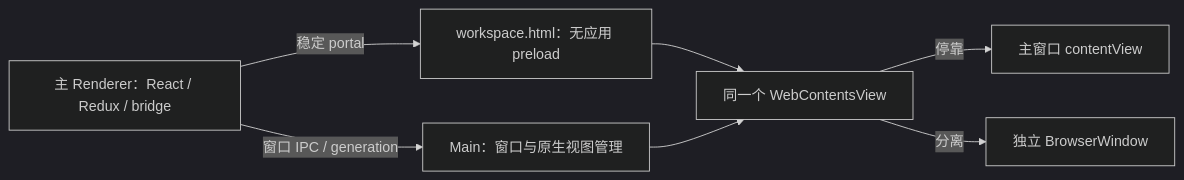
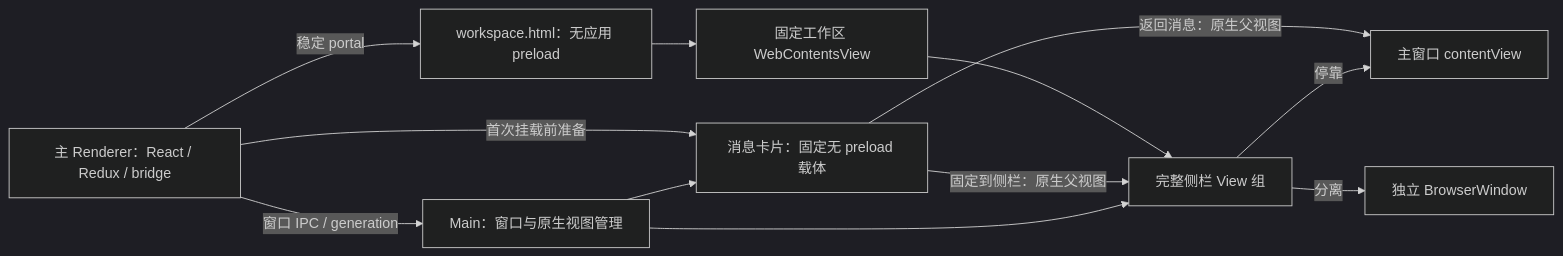
One commit to liangxhao/JustDo changed the second of 6 diagrams in docs/architecture/03-process-model.md. Above: the diagram before and after it, drawn with Mermaid (dark theme). The commit also changed other lines of this file and 58 other files, not shown here.

````diff
--- a/docs/architecture/03-process-model.md
+++ b/docs/architecture/03-process-model.md
@@ -83,9 +93,14 @@
 ```mermaid
 flowchart LR
   Renderer[主 Renderer：React / Redux / bridge] -->|稳定 portal| Document[workspace.html：无应用 preload]
-  Document --> View[同一个 WebContentsView]
-  View -->|停靠| MainWindow[主窗口 contentView]
-  View -->|分离| WorkspaceWindow[独立 BrowserWindow]
+  Document --> View[固定工作区 WebContentsView]
+  Renderer -->|首次挂载前准备| Carrier[消息卡片：固定无 preload 载体]
+  View --> Group[完整侧栏 View 组]
+  Carrier -->|固定到侧栏：原生父视图| Group
+  Carrier -->|返回消息：原生父视图| MainWindow[主窗口 contentView]
+  Group -->|停靠| MainWindow
+  Group -->|分离| WorkspaceWindow[独立 BrowserWindow]
   Renderer -->|窗口 IPC / generation| Manager[Main：窗口与原生视图管理]
-  Manager --> View
+  Manager --> Group
+  Manager --> Carrier
 ```
````
